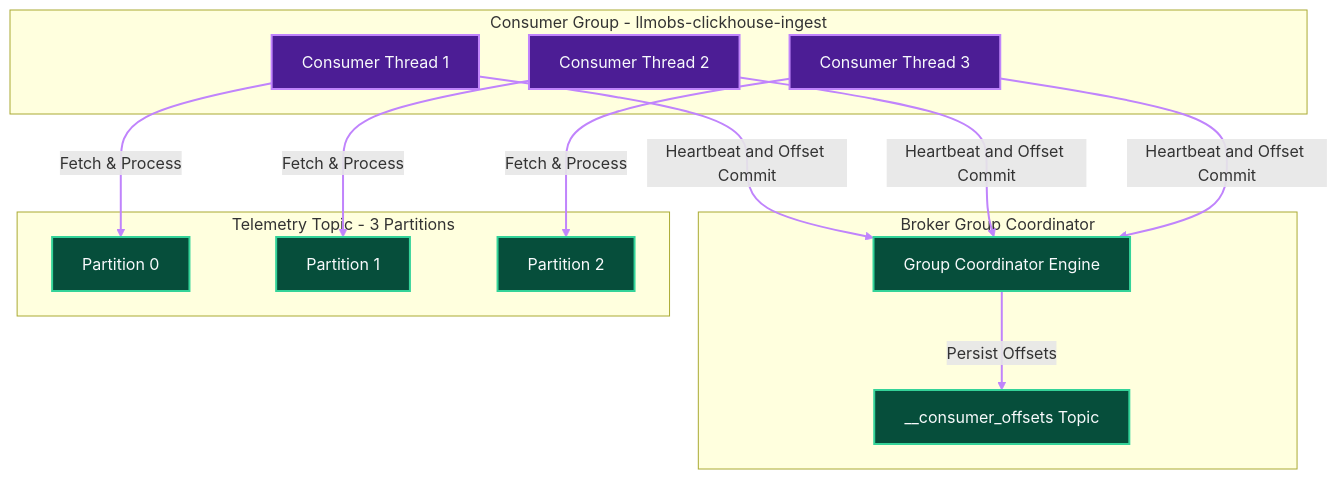
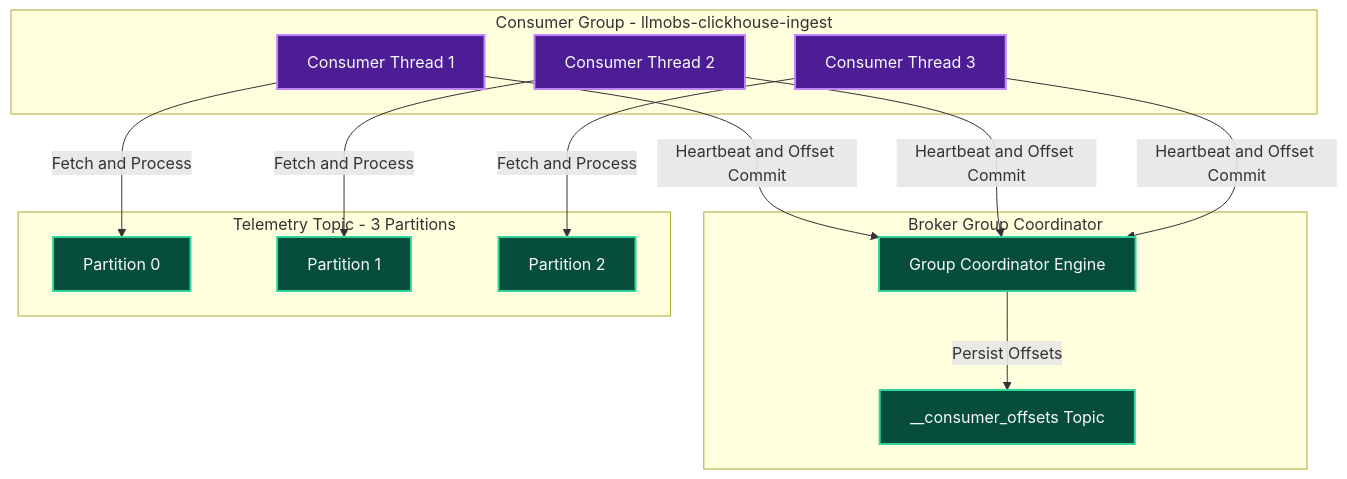
Before and after one commit to Chief-Strategist-J/llm-obs-infra: the seventh of 24 diagrams in docs/configDoc/kafka-configuration-guide.md, drawn with Mermaid. The commit also changed other lines of this file, not shown here.

Commit message:
fix(kafka-docs): remove linkStyle directives and replace ampersands in Mermaid diagrams to eliminate GitHub rendering crashes

````diff
--- a/docs/configDoc/kafka-configuration-guide.md
+++ b/docs/configDoc/kafka-configuration-guide.md
@@ -879,39 +859,37 @@
 ```mermaid
 graph TD
     subgraph ConsumerGroup ["Consumer Group - llmobs-clickhouse-ingest"]
         C1["Consumer Thread 1"]
         C2["Consumer Thread 2"]
         C3["Consumer Thread 3"]
     end
 
     subgraph BrokerGroupCoordinator ["Broker Group Coordinator"]
         Coord["Group Coordinator Engine"]
         OffsetTopic["__consumer_offsets Topic"]
     end
 
     subgraph KafkaTopicPartitions ["Telemetry Topic - 3 Partitions"]
         P0["Partition 0"]
         P1["Partition 1"]
         P2["Partition 2"]
     end
 
-    C1 -->|Fetch & Process| P0
-    C2 -->|Fetch & Process| P1
-    C3 -->|Fetch & Process| P2
+    C1 -->|Fetch and Process| P0
+    C2 -->|Fetch and Process| P1
+    C3 -->|Fetch and Process| P2
 
     C1 -->|Heartbeat and Offset Commit| Coord
     C2 -->|Heartbeat and Offset Commit| Coord
     C3 -->|Heartbeat and Offset Commit| Coord
     Coord -->|Persist Offsets| OffsetTopic
 
     style C1 fill:#4c1d95,stroke:#c084fc,stroke-width:2px,color:#f8fafc
     style C2 fill:#4c1d95,stroke:#c084fc,stroke-width:2px,color:#f8fafc
     style C3 fill:#4c1d95,stroke:#c084fc,stroke-width:2px,color:#f8fafc
     style Coord fill:#064e3b,stroke:#34d399,stroke-width:2px,color:#f8fafc
     style OffsetTopic fill:#064e3b,stroke:#34d399,stroke-width:2px,color:#f8fafc
     style P0 fill:#064e3b,stroke:#34d399,stroke-width:2px,color:#f8fafc
     style P1 fill:#064e3b,stroke:#34d399,stroke-width:2px,color:#f8fafc
     style P2 fill:#064e3b,stroke:#34d399,stroke-width:2px,color:#f8fafc
-
-    linkStyle 0,1,2,3,4,5,6 stroke:#c084fc,stroke-width:2px;
 ```
````
